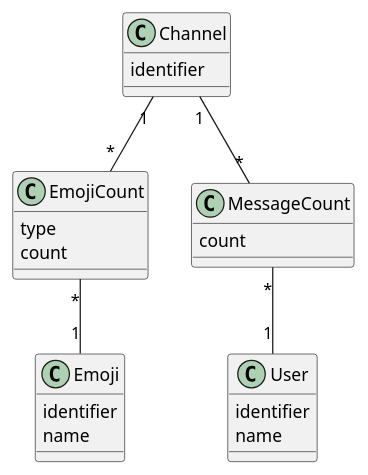
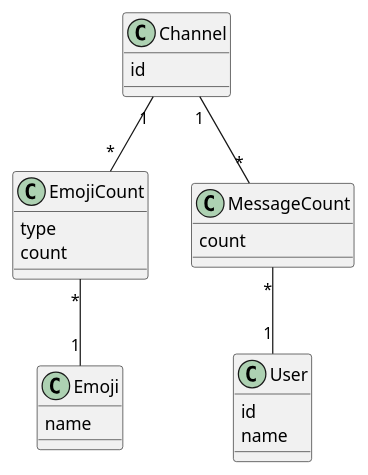
Before and after one commit to Educorreia932/Lain: the diagram in database_model.puml, drawn with PlantUML. The commit also changed 2 other files, not shown here.

```diff
--- a/database_model.puml
+++ b/database_model.puml
@@ -1,31 +1,30 @@
 @startuml
 
 class Emoji {
-    identifier
     name
 }
 
 class EmojiCount {
     type
     count
 }
 
 class Channel {
-    identifier
+    id
 }
 
 class User {
-    identifier
+    id
     name
 }
 
 class MessageCount {
    count
 }
 
 Channel "1" -- "*" EmojiCount
 EmojiCount "*" -- "1" Emoji
 Channel "1" -- "*" MessageCount
 MessageCount "*" -- "1" User
 
 @enduml
```
